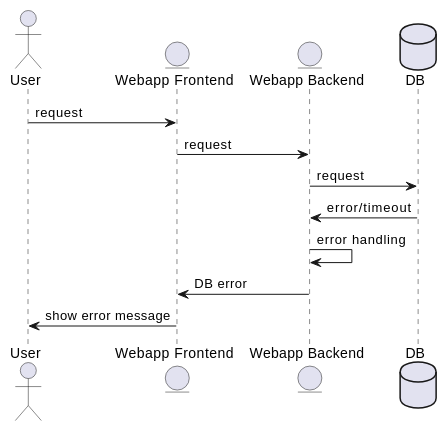
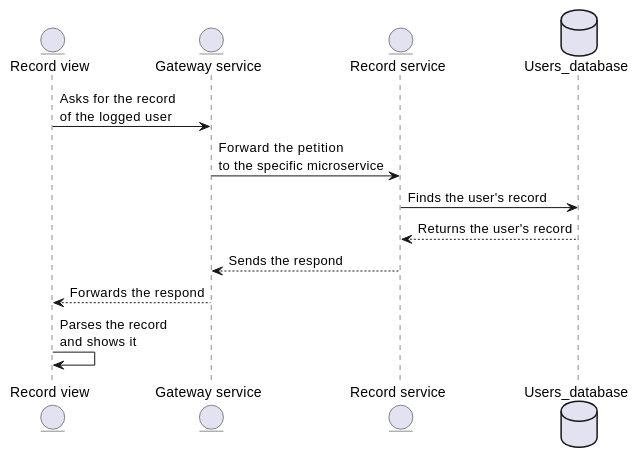
One commit to Arquisoft/wiq_en1b changed the fifth of 5 diagrams in docs/src/06_runtime_view.adoc. Above: the diagram before and after it, drawn with PlantUML. The commit also changed other lines of this file and 1 other file, not shown here.

```diff
--- a/docs/src/06_runtime_view.adoc
+++ b/docs/src/06_runtime_view.adoc
@@ -164,14 +171,14 @@
-[plantuml,"DB error",png]
+[plantuml,"Accessing a record",png]
 ----
-actor User
-entity Frontend as "Webapp Frontend"
-entity Backend as "Webapp Backend"
-database DB
-User -> Frontend: request
-Frontend -> Backend: request
-Backend -> DB: request
-DB -> Backend: error/timeout
-Backend -> Backend: error handling
-Backend -> Frontend: DB error
-Frontend -> User: show error message
+entity Webapp as "Record view"
+entity Gateway_service as "Gateway service"
+entity Microservice as "Record service"
+database DB as "Users_database"
+Webapp -> Gateway_service: Asks for the record\nof the logged user
+Gateway_service -> Microservice: Forward the petition\nto the specific microservice 
+Microservice -> DB : Finds the user's record 
+DB --> Microservice : Returns the user's record
+Microservice --> Gateway_service : Sends the respond
+Gateway_service --> Webapp : Forwards the respond
+Webapp -> Webapp : Parses the record\nand shows it
 ----
```
